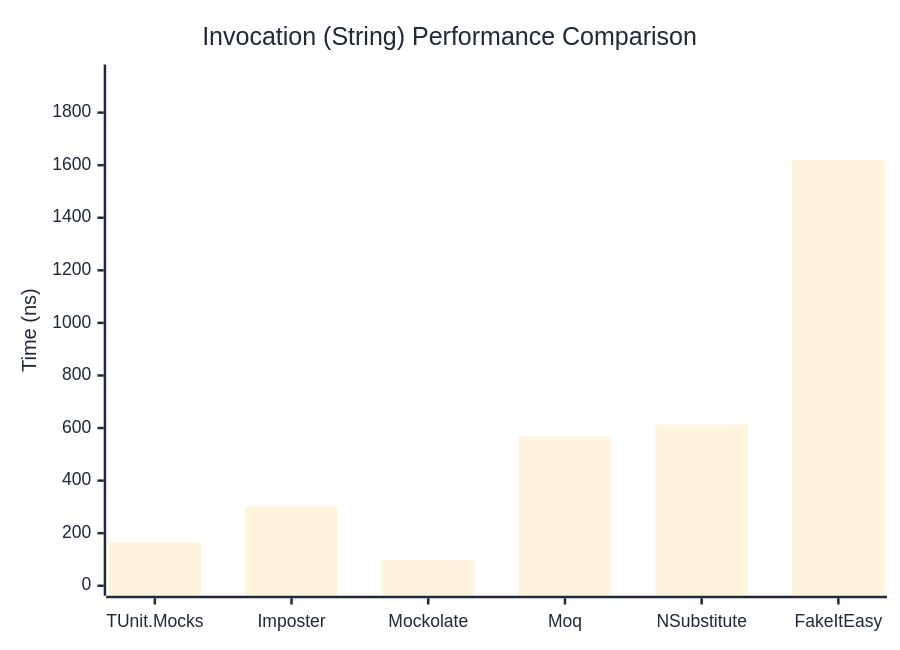
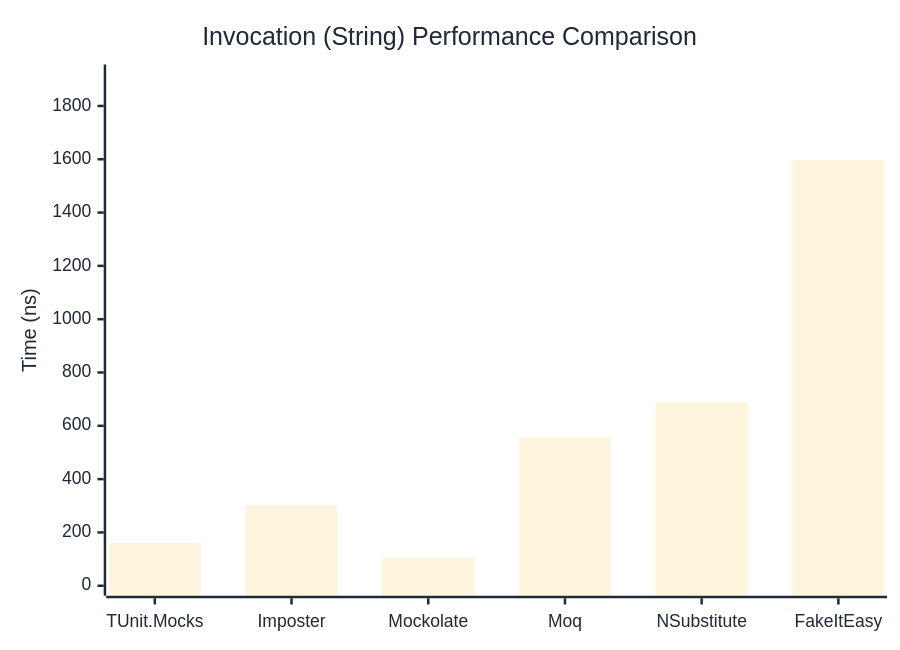
Before and after one commit to thomhurst/TUnit: the second of 3 diagrams in docs/docs/benchmarks/mocks/Invocation.md, drawn with Mermaid. The commit also changed other lines of this file and 14 other files, not shown here.

````diff
--- a/docs/docs/benchmarks/mocks/Invocation.md
+++ b/docs/docs/benchmarks/mocks/Invocation.md
@@ -71,27 +71,27 @@
 ```mermaid
 %%{init: {
   'theme':'base',
   'themeVariables': {
     'primaryColor': '#2563eb',
     'primaryTextColor': '#1f2937',
     'primaryBorderColor': '#1e40af',
     'lineColor': '#6b7280',
     'secondaryColor': '#7c3aed',
     'tertiaryColor': '#dc2626',
     'background': '#ffffff',
     'pie1': '#2563eb',
     'pie2': '#7c3aed',
     'pie3': '#dc2626',
     'pie4': '#f59e0b',
     'pie5': '#10b981',
     'pie6': '#06b6d4',
     'pie7': '#ec4899',
     'pie8': '#6366f1'
   }
 }}%%
 xychart-beta
   title "Invocation (String) Performance Comparison"
   x-axis ["TUnit.Mocks", "Imposter", "Mockolate", "Moq", "NSubstitute", "FakeItEasy"]
-  y-axis "Time (ns)" 0 --> 1945
-  bar [165.17, 302.78, 98.11, 568.81, 613.04, 1620.27]
+  y-axis "Time (ns)" 0 --> 1918
+  bar [160.7, 302.4, 103.3, 556.3, 688.3, 1598]
 ```
````
